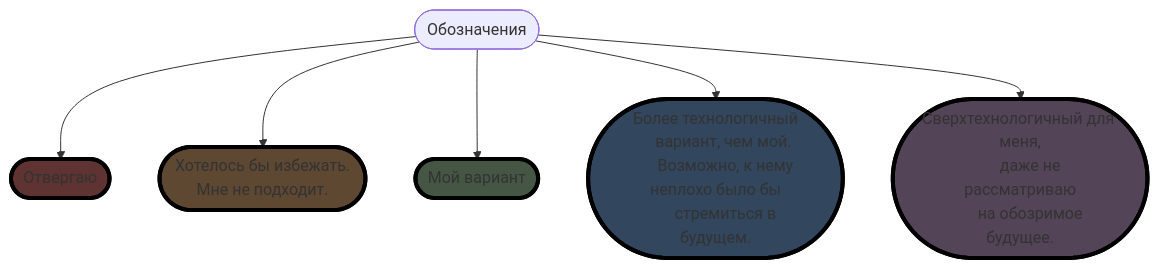
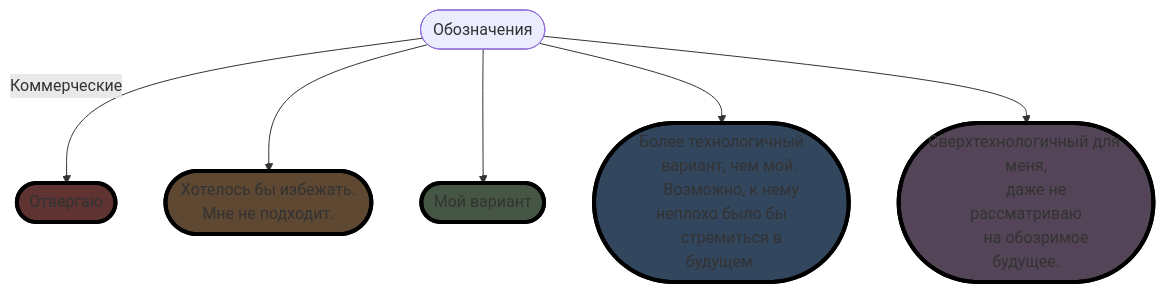
Before and after one commit to ufrs12/Coops: the diagram in README.md, drawn with Mermaid.

````diff
--- a/README.md
+++ b/README.md
@@ -7,29 +7,29 @@
 ```mermaid
 graph TD;
 classDef class1 fill:#544457, stroke:#000, stroke-width:4px
 classDef class2 fill:#32465e, stroke:#000, stroke-width:4px
 classDef class3 fill:#455744, stroke:#000, stroke-width:4px
 classDef class4 fill:#5e4832, stroke:#000, stroke-width:4px
 classDef class5 fill:#5e3332, stroke:#000, stroke-width:4px
 
    
     A([Обозначения])
     B([Отвергаю]):::class5
     C([Хотелось бы избежать.
       Мне не подходит.]):::class4
     D([Мой вариант]):::class3
     E([Более технологичный
       вариант, чем мой.  
       Возможно, к нему неплохо было бы
       стремиться в будущем.]):::class2
     F([Сверхтехнологичный для меня,
       даже не рассматриваю
       на обозримое будущее.]):::class1
 
-    A-->B;
+    A-->|Коммерческие| B;
     A-->C;
     A-->D;
     A-->E;
     A-->F;
     click B "https://google.com";
 ```
````
